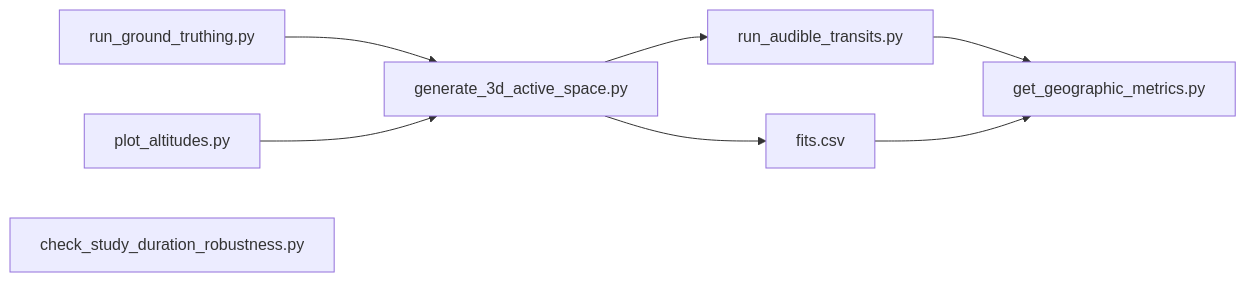
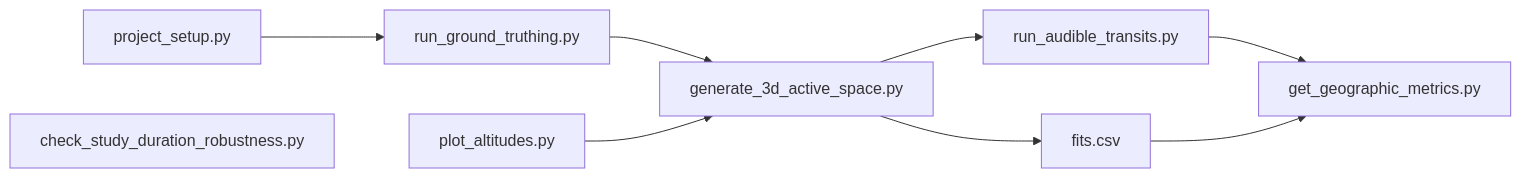
One commit to dbetchkal/NPS-ActiveSpace changed the first of 5 diagrams in nps_active_space/scripts/README.md. Above: the diagram before and after it, drawn with Mermaid. The commit also changed other lines of this file, not shown here.

Commit message:
update mermaid diagrams with project_setup.py

````diff
--- a/nps_active_space/scripts/README.md
+++ b/nps_active_space/scripts/README.md
@@ -35,11 +35,12 @@
 ```mermaid
 graph LR
 
+project_setup.py --> run_ground_truthing.py
 run_ground_truthing.py --> generate_3d_active_space.py
 plot_altitudes.py --> generate_3d_active_space.py
 generate_3d_active_space.py --> run_audible_transits.py
 generate_3d_active_space.py --> fits.csv
 run_audible_transits.py --> get_geographic_metrics.py
 fits.csv --> get_geographic_metrics.py
 check_study_duration_robustness.py
 ```
````
